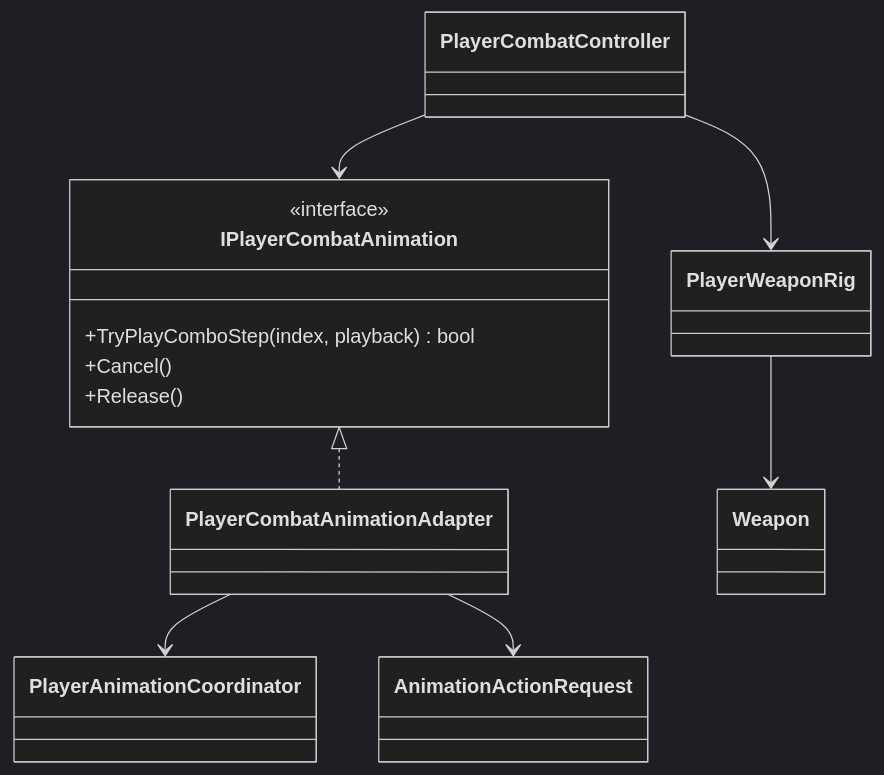
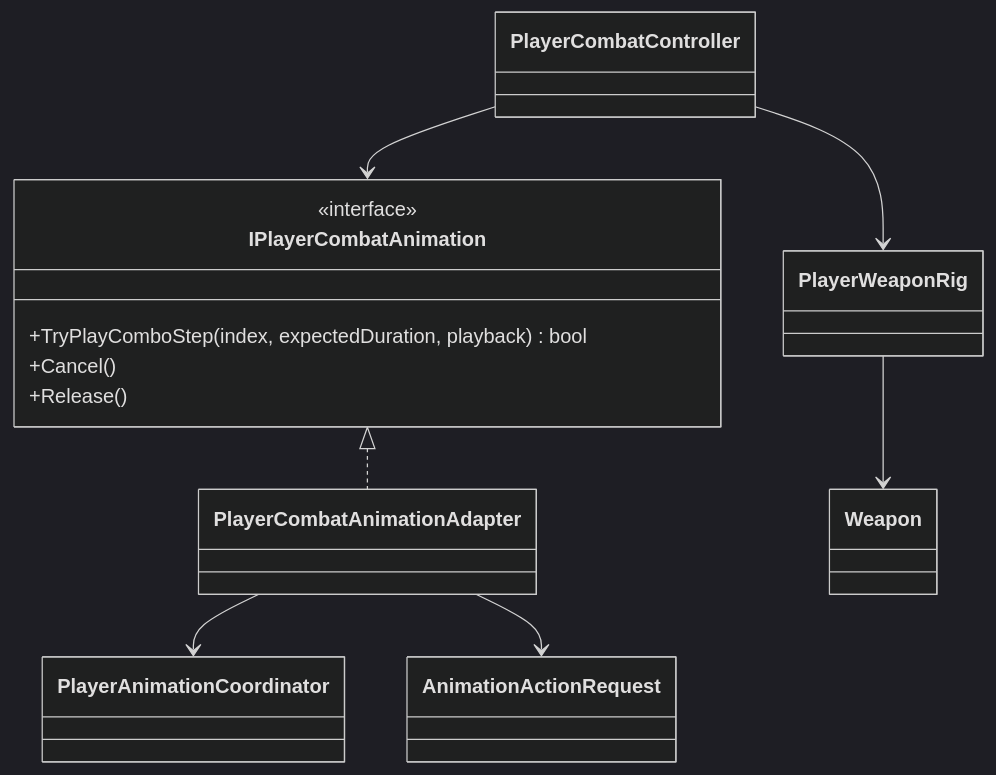
The diagram in Assets/_App/Core/Runtime/Combat/Player/README.md (MaximFonariuc/project-s), drawn with Mermaid (dark theme) before and after one commit. The commit also changed other lines of this file and 10 other files, not shown here.

Commit message:
feat: add four-step ground combo

````diff
--- a/Assets/_App/Core/Runtime/Combat/Player/README.md
+++ b/Assets/_App/Core/Runtime/Combat/Player/README.md
@@ -6,22 +6,22 @@
 ```mermaid
 classDiagram
     class PlayerCombatController
     class IPlayerCombatAnimation {
         <<interface>>
-        +TryPlayComboStep(index, playback) bool
+        +TryPlayComboStep(index, expectedDuration, playback) bool
         +Cancel()
         +Release()
     }
     class PlayerCombatAnimationAdapter
     class PlayerAnimationCoordinator
     class AnimationActionRequest
     class PlayerWeaponRig
     class Weapon
 
     PlayerCombatController --> IPlayerCombatAnimation
     IPlayerCombatAnimation <|.. PlayerCombatAnimationAdapter
     PlayerCombatAnimationAdapter --> PlayerAnimationCoordinator
     PlayerCombatAnimationAdapter --> AnimationActionRequest
     PlayerCombatController --> PlayerWeaponRig
     PlayerWeaponRig --> Weapon
 ```
````
